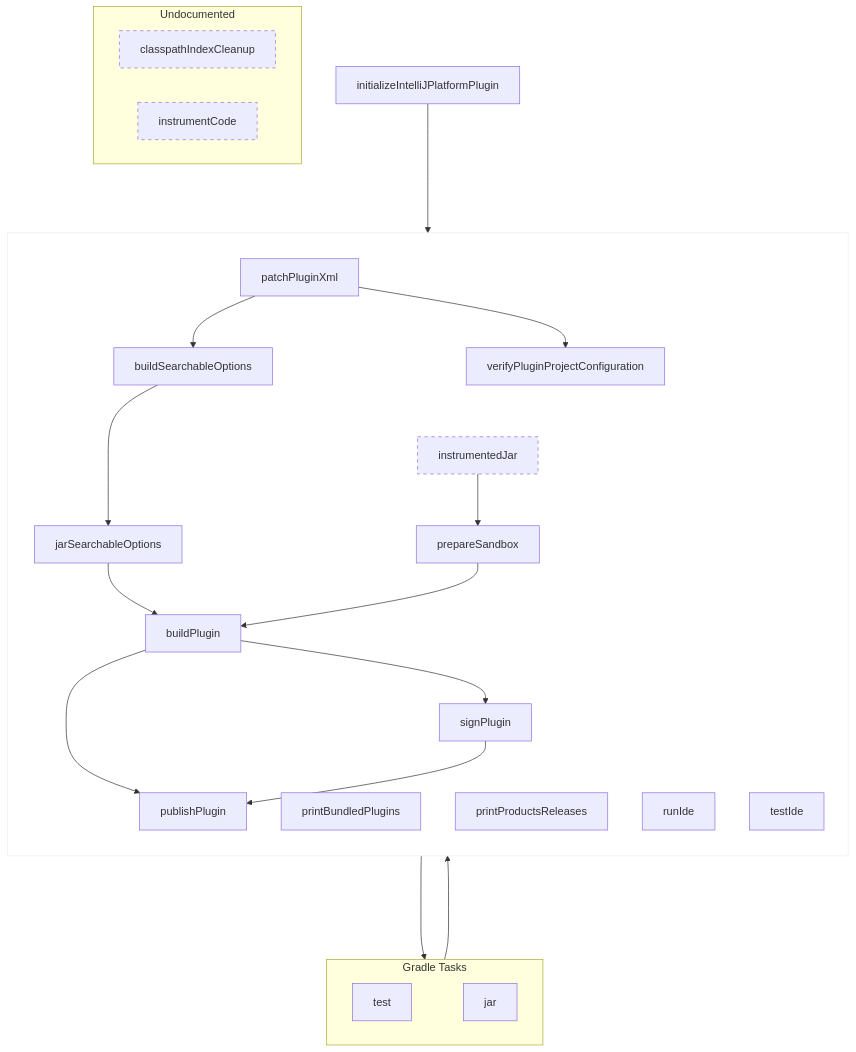
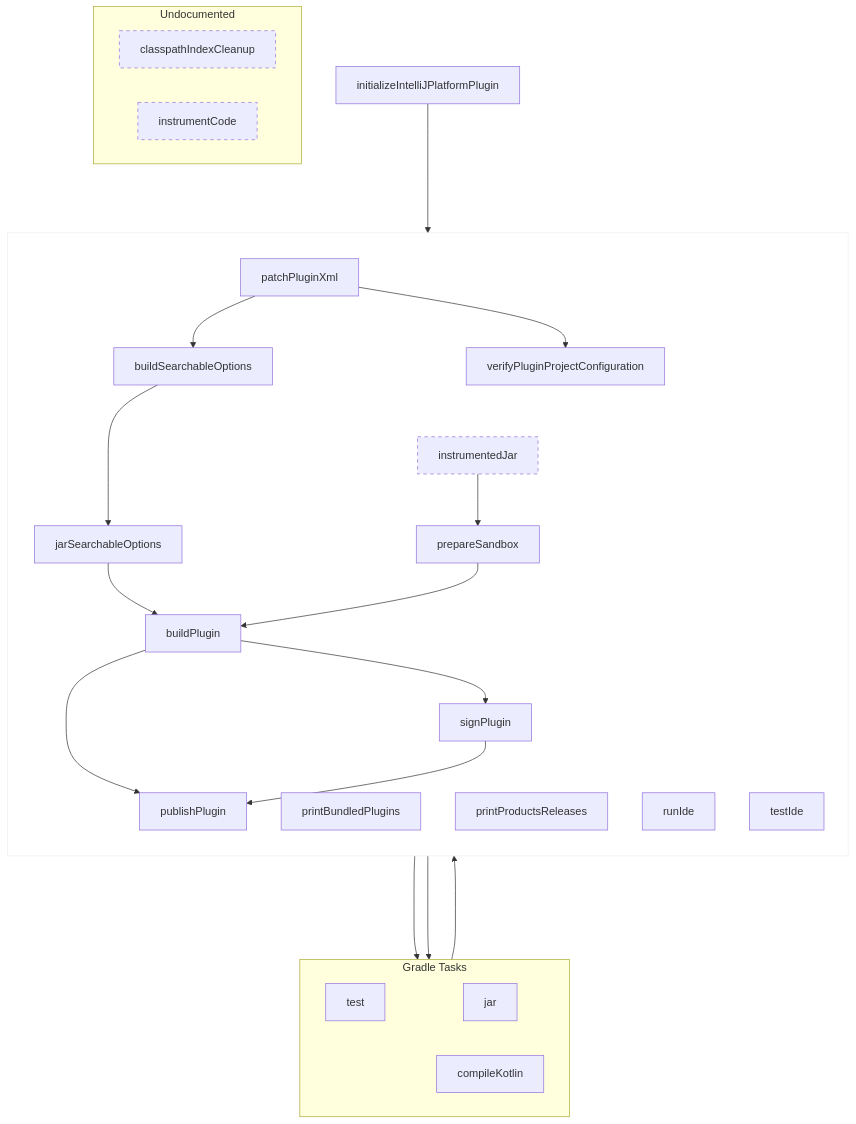
One commit to JetBrains/intellij-sdk-docs changed the diagram in topics/appendix/tools/intellij_platform_gradle_plugin/tools_intellij_platform_gradle_plugin_tasks.md. Above: the diagram before and after it, drawn with Mermaid.

Commit message:
IntelliJ Platform Gradle Plugin: `verifyPluginProjectConfiguration` task

````diff
--- a/topics/appendix/tools/intellij_platform_gradle_plugin/tools_intellij_platform_gradle_plugin_tasks.md
+++ b/topics/appendix/tools/intellij_platform_gradle_plugin/tools_intellij_platform_gradle_plugin_tasks.md
@@ -15,71 +15,72 @@
 ```mermaid
 flowchart TB
     subgraph GRADLE ["Gradle Tasks"]
         direction LR
 
         test
         jar
+        compileKotlin
     end
 
     subgraph ALL ["` `"]
         direction TB
 
         buildPlugin
         buildSearchableOptions
         jarSearchableOptions
         patchPluginXml
         prepareSandbox
         printBundledPlugins
         printProductsReleases
         publishPlugin
         runIde
         signPlugin
         testIde
         verifyPluginProjectConfiguration
 
         jarSearchableOptions & prepareSandbox --> buildPlugin
         patchPluginXml --> buildSearchableOptions
         buildSearchableOptions --> jarSearchableOptions
         jar & instrumentedJar --> prepareSandbox
         buildPlugin & signPlugin --> publishPlugin
         buildPlugin --> signPlugin
         patchPluginXml --> verifyPluginProjectConfiguration
-        verifyPluginProjectConfiguration ----> test
+        verifyPluginProjectConfiguration ----> test & compileKotlin
     end
 
     initializeIntelliJPlatformPlugin ---> ALL
 
     subgraph Undocumented
         classpathIndexCleanup
         instrumentCode
         instrumentedJar
     end
 
 
     test ~~~ jar
     buildSearchableOptions ~~~ instrumentedJar
     ALL ~~~ GRADLE
 
     click buildPlugin "#buildPlugin"
     click buildSearchableOptions "#buildSearchableOptions"
     click classpathIndexCleanup "#classpathIndexCleanup"
     click initializeIntelliJPlatformPlugin "#initializeIntelliJPlatformPlugin"
     click instrumentCode "#instrumentCode"
     click instrumentedJar "#instrumentedJar"
     click jarSearchableOptions "#jarSearchableOptions"
     click patchPluginXml "#patchPluginXml"
     click prepareSandbox "#prepareSandbox"
     click printBundledPlugins "#printBundledPlugins"
     click printProductsReleases "#printProductsReleases"
     click publishPlugin "#publishPlugin"
     click runIde "#runIde"
     click signPlugin "#signPlugin"
     click testIde "#testIde"
     click verifyPluginProjectConfiguration "#verifyPluginProjectConfiguration"
 
     style classpathIndexCleanup stroke-dasharray: 5 5
     style instrumentCode stroke-dasharray: 5 5
     style instrumentedJar stroke-dasharray: 5 5
 
     style ALL fill:transparent,stroke:#eee
 ```
````
